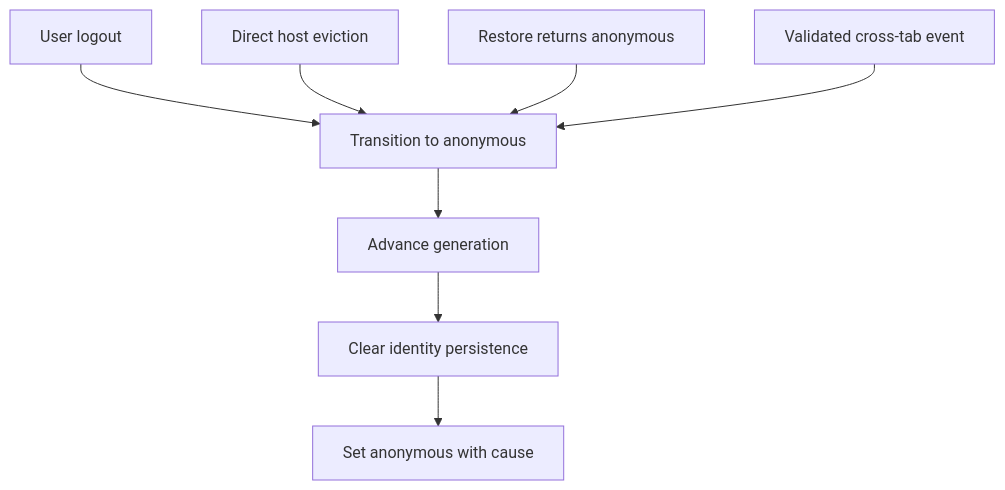
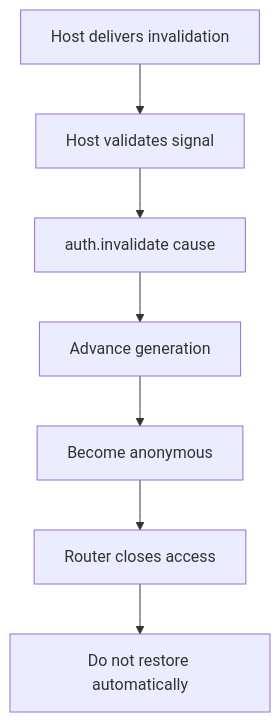
One commit to hechang27-sprt/noob-components-v2 changed diagram 14 of 19 in docs/admin-auth-restoration-data-flows.md. Above: the diagram before and after it, drawn with Mermaid. The commit also changed other lines of this file and 15 other files, not shown here.

````diff
--- a/docs/admin-auth-restoration-data-flows.md
+++ b/docs/admin-auth-restoration-data-flows.md
@@ -398,10 +371,9 @@
 ```mermaid
 flowchart TD
-    A[User logout] --> T[Transition to anonymous]
-    B[Direct host eviction] --> T
-    C[Restore returns anonymous] --> T
-    D[Validated cross-tab event] --> T
-    T --> G[Advance generation]
-    G --> P[Clear identity persistence]
-    P --> S[Set anonymous with cause]
+    A[Host delivers invalidation] --> B[Host validates signal]
+    B --> C[auth.invalidate cause]
+    C --> D[Advance generation]
+    D --> E[Become anonymous]
+    E --> F[Router closes access]
+    F --> G[Do not restore automatically]
 ```
````
